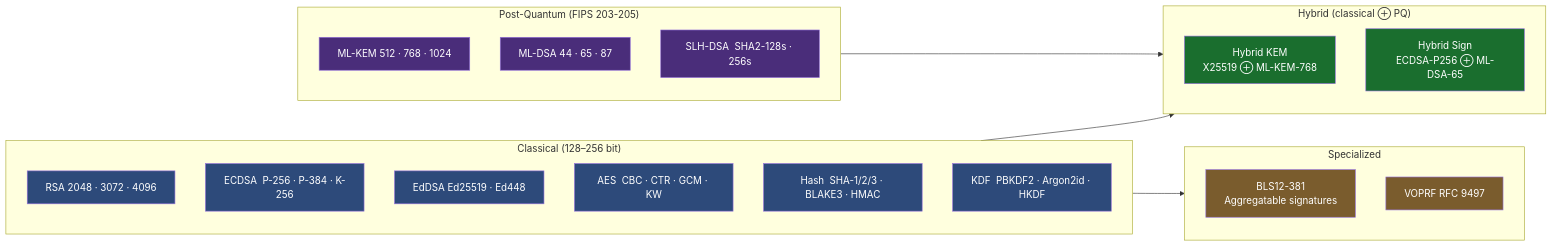
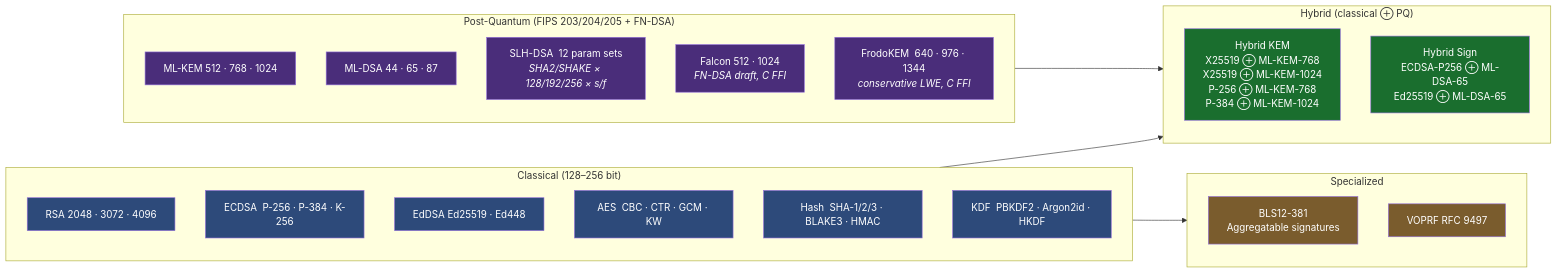
One commit to sonoransun/multicraton-hsm-testnet changed the second of 18 diagrams in README.md. Above: the diagram before and after it, drawn with Mermaid. The commit also changed other lines of this file and 23 other files, not shown here.

````diff
--- a/README.md
+++ b/README.md
@@ -90,44 +90,46 @@
 ```mermaid
 graph LR
     subgraph CLASS["Classical  (128–256 bit)"]
         direction TB
         RSA["RSA  2048 · 3072 · 4096"]
         EC["ECDSA  P-256 · P-384 · K-256"]
         ED["EdDSA  Ed25519 · Ed448"]
         AES["AES  CBC · CTR · GCM · KW"]
         SHA["Hash  SHA-1/2/3 · BLAKE3 · HMAC"]
         KDF["KDF  PBKDF2 · Argon2id · HKDF"]
     end
 
-    subgraph PQC["Post-Quantum  (FIPS 203-205)"]
+    subgraph PQC["Post-Quantum  (FIPS 203/204/205 + FN-DSA)"]
         direction TB
         KEM["ML-KEM  512 · 768 · 1024"]
         DSA["ML-DSA  44 · 65 · 87"]
-        SLH["SLH-DSA  SHA2-128s · 256s"]
+        SLH["SLH-DSA  12 param sets<br/><i>SHA2/SHAKE × 128/192/256 × s/f</i>"]
+        FAL["Falcon  512 · 1024<br/><i>FN-DSA draft, C FFI</i>"]
+        FRO["FrodoKEM  640 · 976 · 1344<br/><i>conservative LWE, C FFI</i>"]
     end
 
     subgraph HYBRID["Hybrid  (classical ⊕ PQ)"]
         direction TB
-        HK["Hybrid KEM<br/>X25519 ⊕ ML-KEM-768"]
-        HS["Hybrid Sign<br/>ECDSA-P256 ⊕ ML-DSA-65"]
+        HK["Hybrid KEM<br/>X25519 ⊕ ML-KEM-768<br/>X25519 ⊕ ML-KEM-1024<br/>P-256 ⊕ ML-KEM-768<br/>P-384 ⊕ ML-KEM-1024"]
+        HS["Hybrid Sign<br/>ECDSA-P256 ⊕ ML-DSA-65<br/>Ed25519 ⊕ ML-DSA-65"]
     end
 
     subgraph SPECIAL["Specialized"]
         direction TB
         BLS["BLS12-381<br/>Aggregatable signatures"]
         VF["VOPRF  RFC 9497"]
     end
 
     CLASS --> HYBRID
     PQC --> HYBRID
     CLASS --> SPECIAL
 
     classDef classical fill:#2d4a7a,color:#fff
     classDef pqc fill:#4a2d7a,color:#fff
     classDef hybrid fill:#1a6e2e,color:#fff
     classDef special fill:#7a5c2d,color:#fff
     class RSA,EC,ED,AES,SHA,KDF classical
-    class KEM,DSA,SLH pqc
+    class KEM,DSA,SLH,FAL,FRO pqc
     class HK,HS hybrid
     class BLS,VF special
 ```
````
